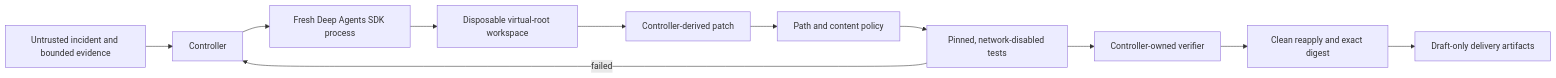
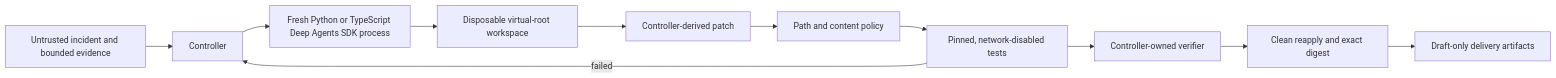
Before and after one commit to AtharvaBondre/deepagents-incident-workflow: the diagram in README.md, drawn with Mermaid. The commit also changed other lines of this file and 48 other files, not shown here.

Commit message:
Add first-class TypeScript Deep Agents support

````diff
--- a/README.md
+++ b/README.md
@@ -9,13 +9,13 @@
 ```mermaid
 flowchart LR
     A["Untrusted incident and bounded evidence"] --> B["Controller"]
-    B --> C["Fresh Deep Agents SDK process"]
+    B --> C["Fresh Python or TypeScript Deep Agents SDK process"]
     C --> D["Disposable virtual-root workspace"]
     D --> E["Controller-derived patch"]
     E --> F["Path and content policy"]
     F --> G["Pinned, network-disabled tests"]
     G --> H["Controller-owned verifier"]
     H --> I["Clean reapply and exact digest"]
     I --> J["Draft-only delivery artifacts"]
     G -->|"failed"| B
 ```
````
